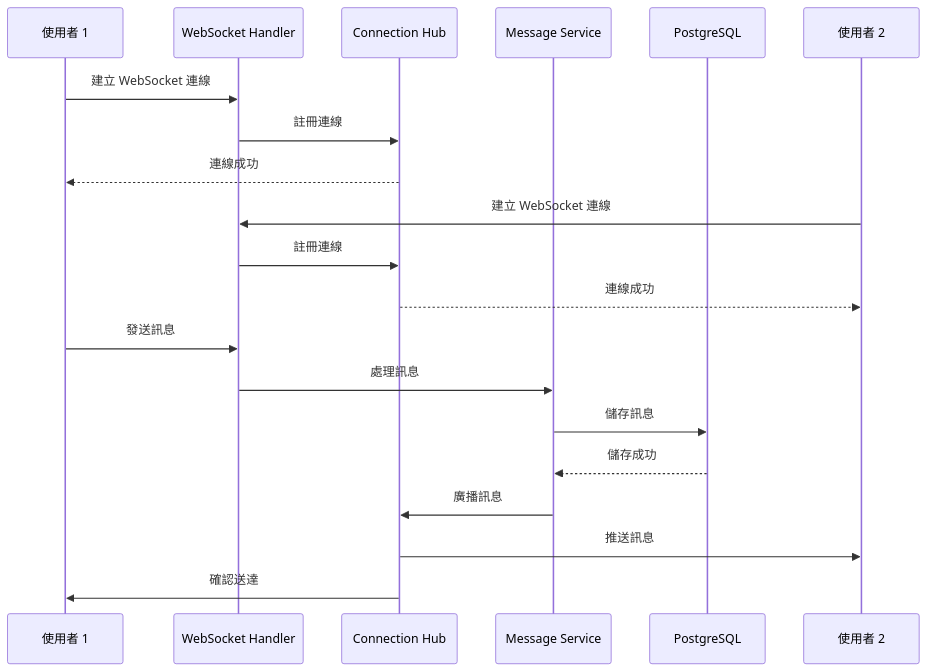
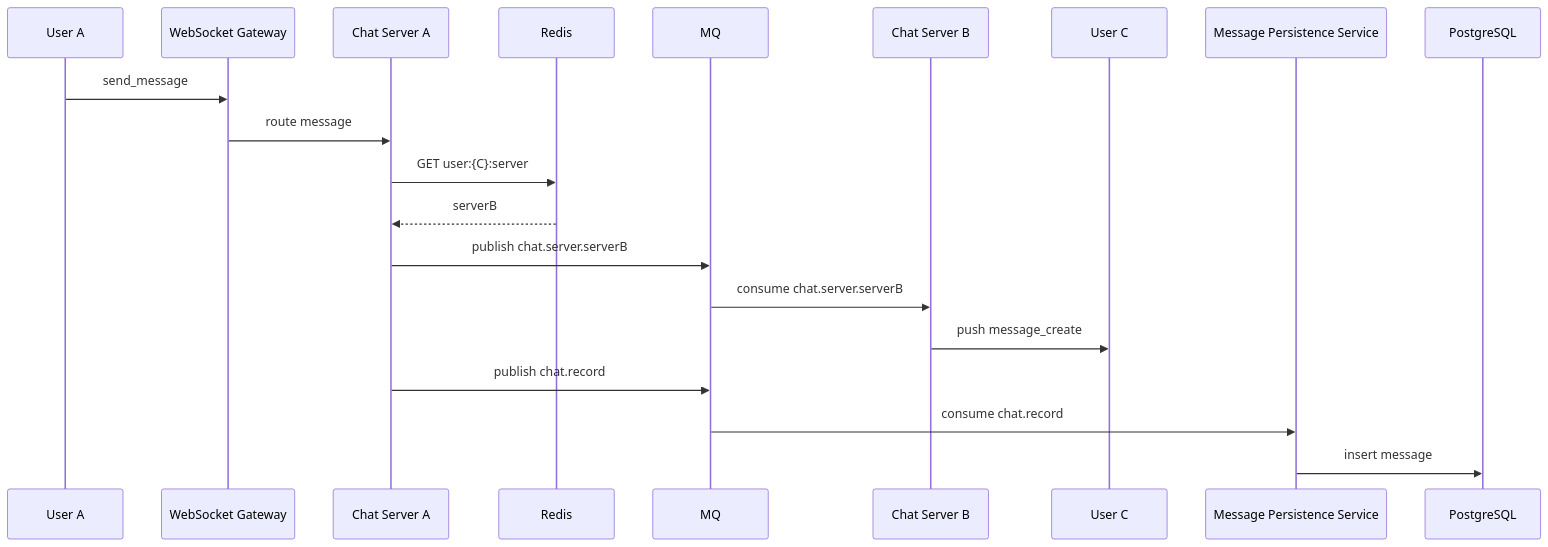
One commit to walnut-almonds/TalkRealm changed the second of 2 diagrams in docs/architecture.md. Above: the diagram before and after it, drawn with Mermaid. The commit also changed other lines of this file and 11 other files, not shown here.

First line of the commit message:
feat: integrate Redis for user server mapping, guild online tracking, and rate limiting

````diff
--- a/docs/architecture.md
+++ b/docs/architecture.md
@@ -174,26 +84,23 @@
 ```mermaid
 sequenceDiagram
-    participant U1 as 使用者 1
-    participant WS as WebSocket Handler
-    participant Hub as Connection Hub
-    participant Service as Message Service
+    participant A as User A
+    participant GW as WebSocket Gateway
+    participant SA as Chat Server A
+    participant R as Redis
+    participant MQ as MQ
+    participant SB as Chat Server B
+    participant C as User C
+    participant P as Message Persistence Service
     participant DB as PostgreSQL
-    participant U2 as 使用者 2
 
-    U1->>WS: 建立 WebSocket 連線
-    WS->>Hub: 註冊連線
-    Hub-->>U1: 連線成功
-
-    U2->>WS: 建立 WebSocket 連線
-    WS->>Hub: 註冊連線
-    Hub-->>U2: 連線成功
-
-    U1->>WS: 發送訊息
-    WS->>Service: 處理訊息
-    Service->>DB: 儲存訊息
-    DB-->>Service: 儲存成功
-    
-    Service->>Hub: 廣播訊息
-    Hub->>U2: 推送訊息
-    Hub->>U1: 確認送達
+    A->>GW: send_message
+    GW->>SA: route message
+    SA->>R: GET user:{C}:server
+    R-->>SA: serverB
+    SA->>MQ: publish chat.server.serverB
+    MQ->>SB: consume chat.server.serverB
+    SB->>C: push message_create
+    SA->>MQ: publish chat.record
+    MQ->>P: consume chat.record
+    P->>DB: insert message
 ```
````
